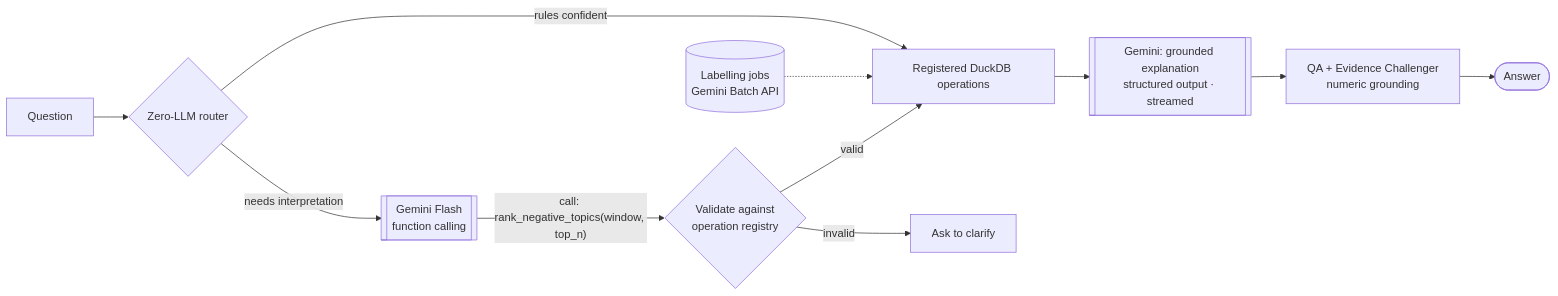
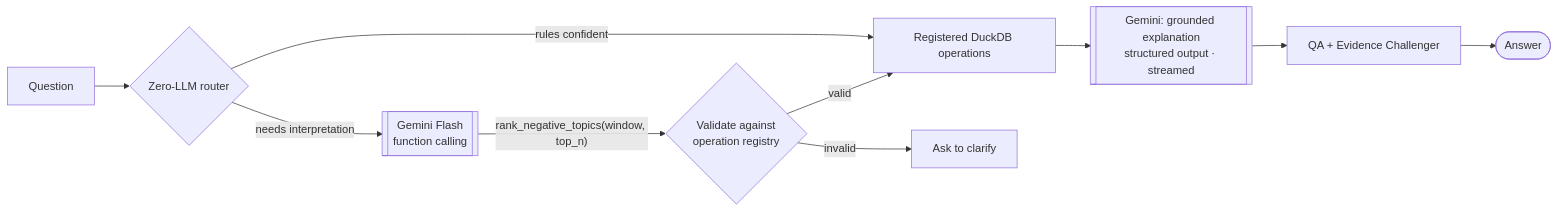
The sixth of 6 diagrams in conversation-intelligence-copilot/README.md (florina787/Data-sets), drawn with Mermaid before and after one commit. The commit also changed other lines of this file and 15 other files, not shown here.

First line of the commit message:
Redesign README: demo GIF, focused screenshots, staged agent graph, IDE setup

````diff
--- a/conversation-intelligence-copilot/README.md
+++ b/conversation-intelligence-copilot/README.md
@@ -460,13 +577,12 @@
 ```mermaid
 flowchart LR
     Q[Question] --> RT{Zero-LLM router}
     RT -- rules confident --> OPS[Registered DuckDB operations]
     RT -- needs interpretation --> GM[[Gemini Flash<br/>function calling]]
-    GM -->|"call: rank_negative_topics(window, top_n)"| VAL{Validate against<br/>operation registry}
+    GM -->|"rank_negative_topics(window, top_n)"| VAL{Validate against<br/>operation registry}
     VAL -- valid --> OPS
     VAL -- invalid --> CL[Ask to clarify]
     OPS --> EX[[Gemini: grounded explanation<br/>structured output · streamed]]
-    EX --> QA[QA + Evidence Challenger<br/>numeric grounding]
+    EX --> QA[QA + Evidence Challenger]
     QA --> A([Answer])
-    LJ[(Labelling jobs<br/>Gemini Batch API)] -.-> OPS
 ```
````
